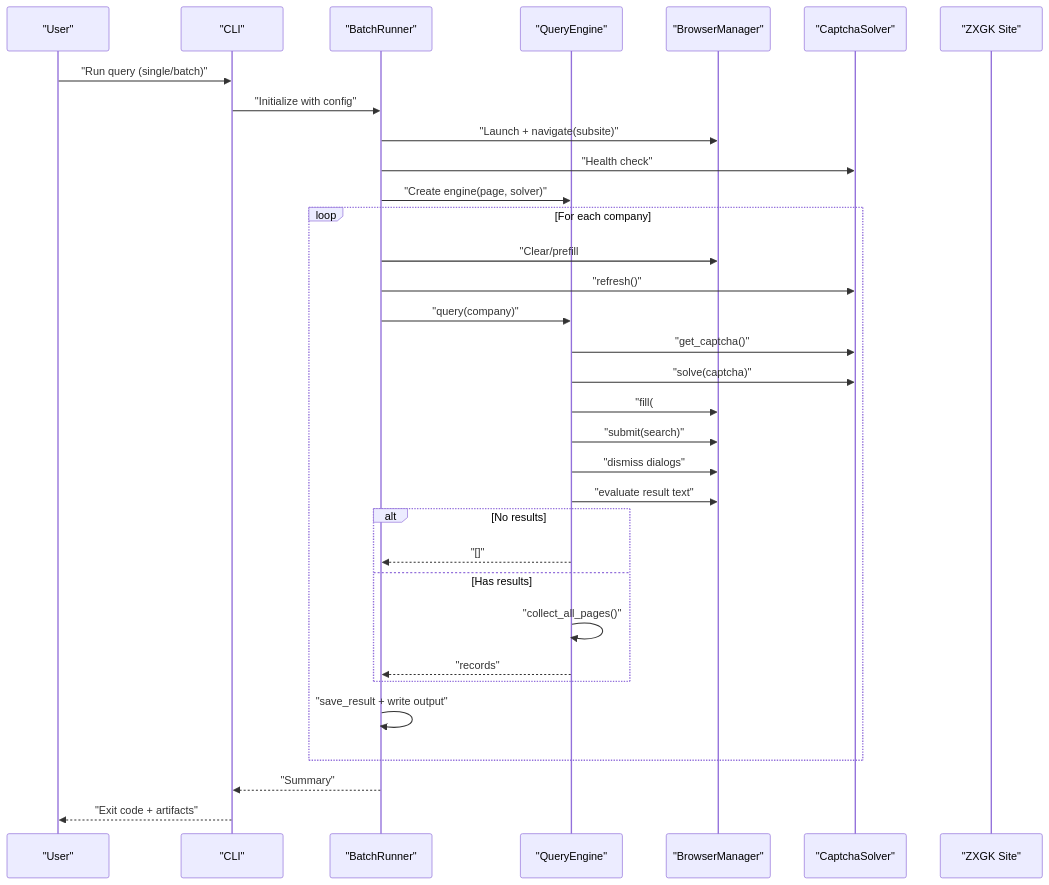
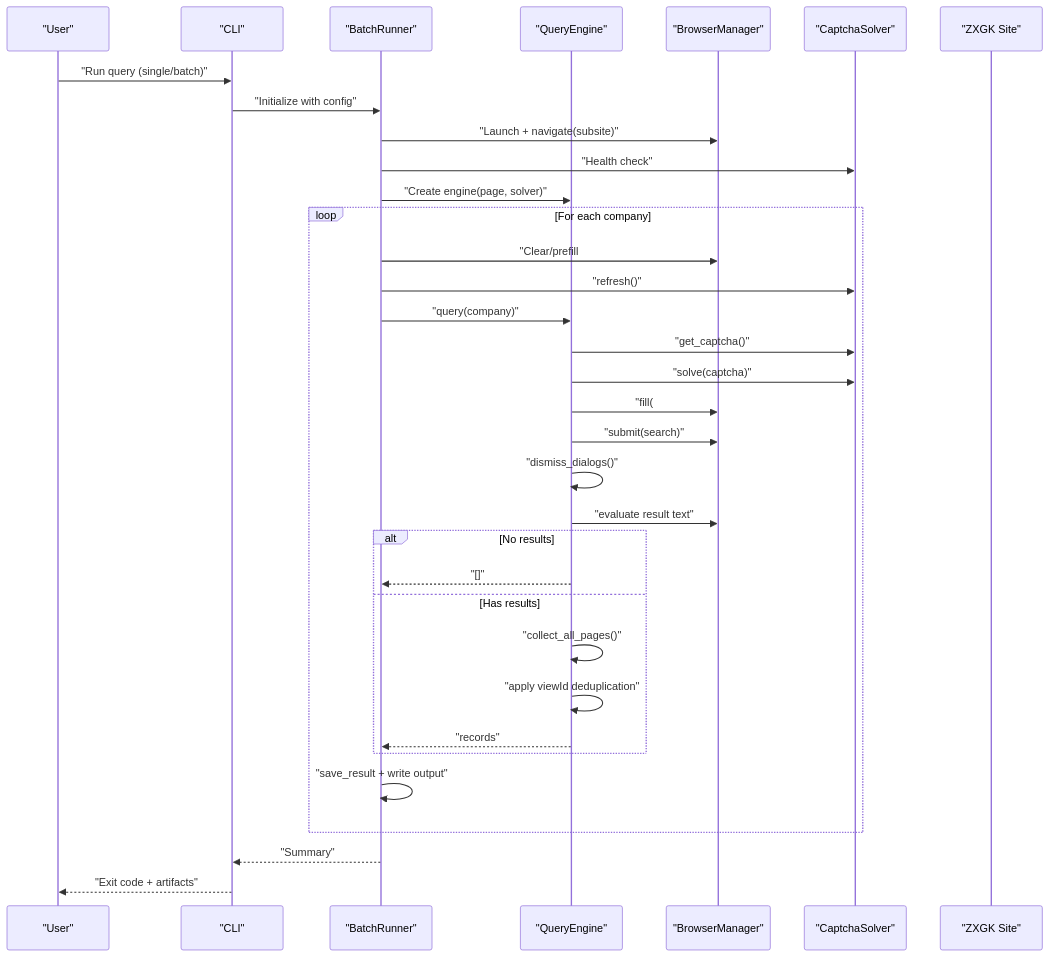
Before and after one commit to supotato-ipj/zxgk_auto_query-skill: the second of 10 diagrams in .qoder/repowiki/en/content/Core Architecture/Query Engine.md, drawn with Mermaid. The commit also changed other lines of this file and 24 other files, not shown here.

````diff
--- a/.qoder/repowiki/en/content/Core Architecture/Query Engine.md
+++ b/.qoder/repowiki/en/content/Core Architecture/Query Engine.md
@@ -99,35 +104,36 @@
 ```mermaid
 sequenceDiagram
 participant User as "User"
 participant CLI as "CLI"
 participant Runner as "BatchRunner"
 participant Engine as "QueryEngine"
 participant Browser as "BrowserManager"
 participant Solver as "CaptchaSolver"
 participant Site as "ZXGK Site"
 User->>CLI : "Run query (single/batch)"
 CLI->>Runner : "Initialize with config"
 Runner->>Browser : "Launch + navigate(subsite)"
 Runner->>Solver : "Health check"
 Runner->>Engine : "Create engine(page, solver)"
 loop For each company
 Runner->>Browser : "Clear/prefill #pName"
 Runner->>Solver : "refresh()"
 Runner->>Engine : "query(company)"
 Engine->>Solver : "get_captcha()"
 Engine->>Solver : "solve(captcha)"
 Engine->>Browser : "fill(#yzm)"
 Engine->>Browser : "submit(search)"
-Engine->>Browser : "dismiss dialogs"
+Engine->>Engine : "dismiss_dialogs()"
 Engine->>Browser : "evaluate result text"
 alt No results
 Engine-->>Runner : "[]"
 else Has results
 Engine->>Engine : "collect_all_pages()"
+Engine->>Engine : "apply viewId deduplication"
 Engine-->>Runner : "records"
 end
 Runner->>Runner : "save_result + write output"
 end
 Runner-->>CLI : "Summary"
 CLI-->>User : "Exit code + artifacts"
 ```
````
